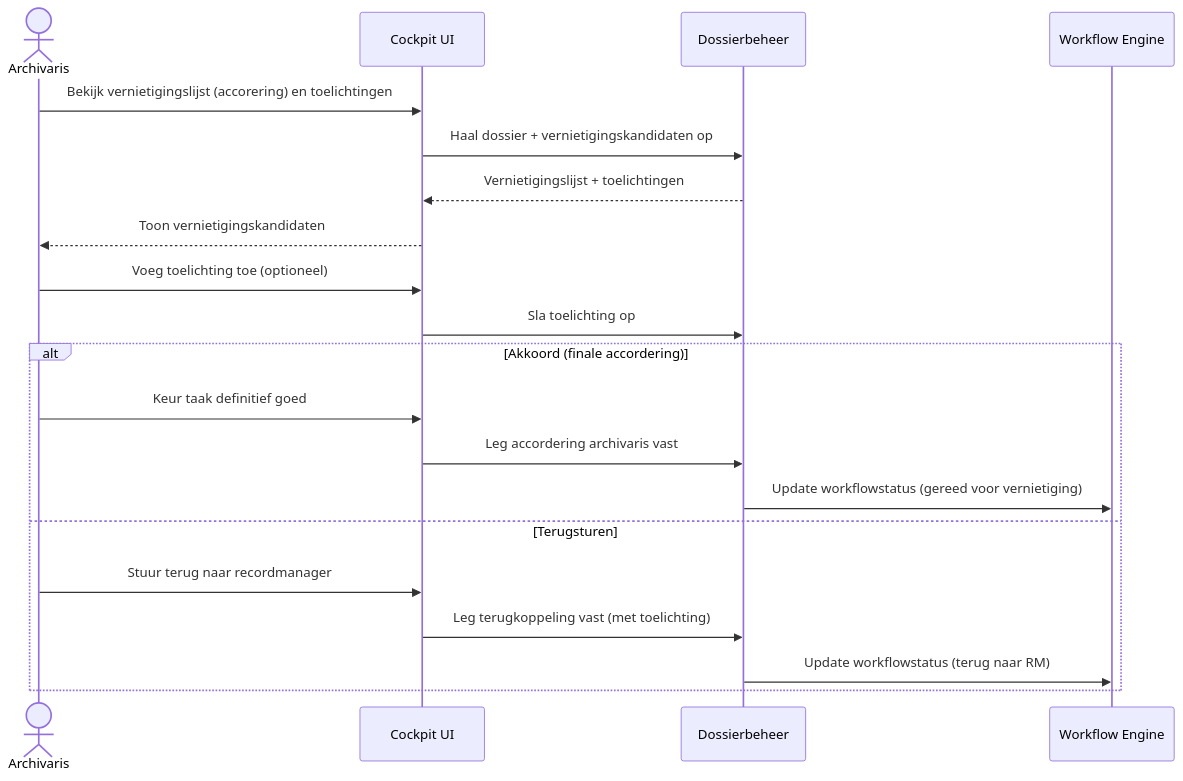
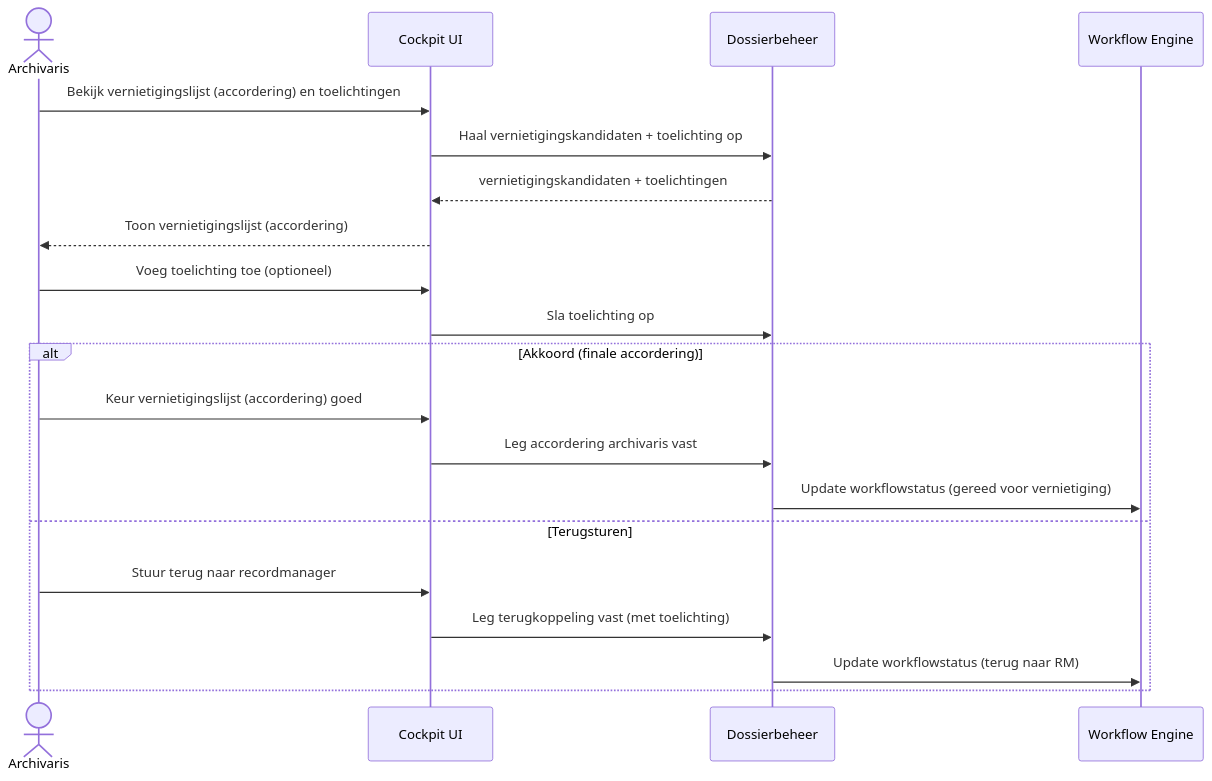
One commit to GemeenteArnhem/Vernietigingscockpit changed the fifth of 11 diagrams in architectuur/sequence-diagrammen.md. Above: the diagram before and after it, drawn with Mermaid. The commit also changed other lines of this file, not shown here.

````diff
--- a/architectuur/sequence-diagrammen.md
+++ b/architectuur/sequence-diagrammen.md
@@ -128,25 +128,25 @@
 ```mermaid
 sequenceDiagram
     actor AR as Archivaris
     participant UI as Cockpit UI
     participant D as Dossierbeheer
     participant WF as Workflow Engine
 
-    AR ->> UI: Bekijk vernietigingslijst (accorering) en toelichtingen
-    UI ->> D: Haal dossier + vernietigingskandidaten op
-    D -->> UI: Vernietigingslijst + toelichtingen
-    UI -->> AR: Toon vernietigingskandidaten
+    AR ->> UI: Bekijk vernietigingslijst (accordering) en toelichtingen
+    UI ->> D: Haal vernietigingskandidaten + toelichting op
+    D -->> UI: vernietigingskandidaten + toelichtingen
+    UI -->> AR: Toon vernietigingslijst (accordering)
 
     AR ->> UI: Voeg toelichting toe (optioneel)
     UI ->> D: Sla toelichting op
 
     alt Akkoord (finale accordering)
-        AR ->> UI: Keur taak definitief goed
+        AR ->> UI: Keur vernietigingslijst (accordering) goed
         UI ->> D: Leg accordering archivaris vast
         D ->> WF: Update workflowstatus (gereed voor vernietiging)
     else Terugsturen
         AR ->> UI: Stuur terug naar recordmanager
         UI ->> D: Leg terugkoppeling vast (met toelichting)
         D ->> WF: Update workflowstatus (terug naar RM)
     end
 ```
````
